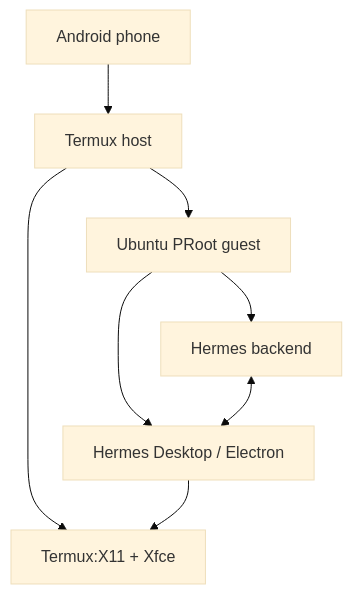
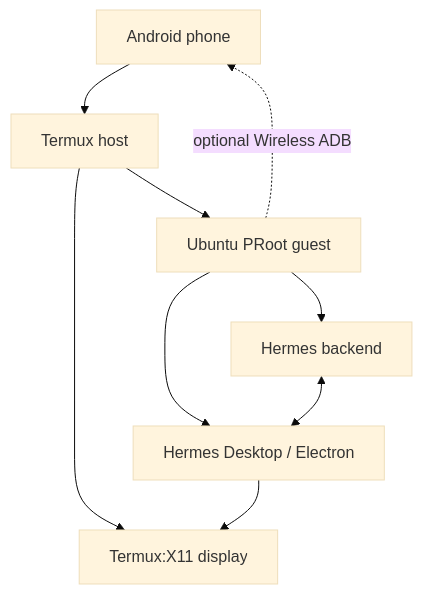
Before and after one commit to Dadmin88/hermes-desktop-android: the diagram in docs/STACK.md, drawn with Mermaid (base theme). The commit also changed other lines of this file and 13 other files, not shown here.

````diff
--- a/docs/STACK.md
+++ b/docs/STACK.md
@@ -7,10 +7,11 @@
 ```mermaid
 flowchart TB
     A["Android phone"] --> B["Termux host"]
-    B --> C["Termux:X11 + Xfce"]
+    B --> C["Termux:X11 display"]
     B --> D["Ubuntu PRoot guest"]
     D --> E["Hermes backend"]
     D --> F["Hermes Desktop / Electron"]
     F --> C
     E <--> F
+    D -. "optional Wireless ADB" .-> A
 ```
````
